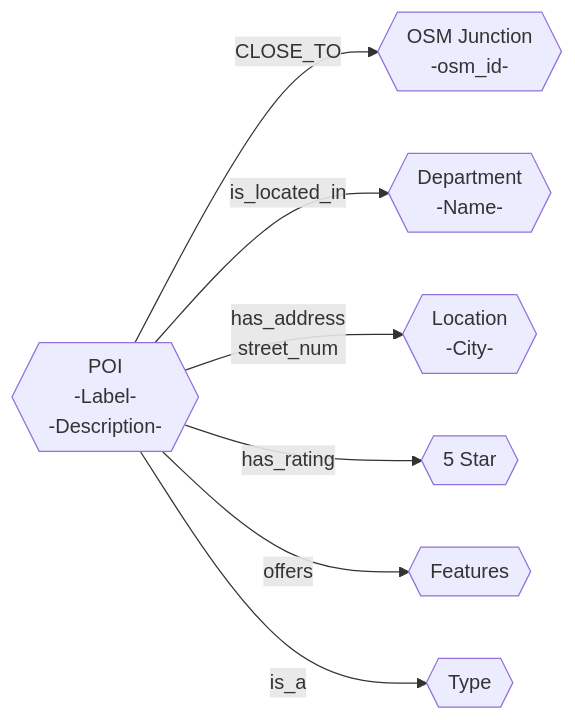
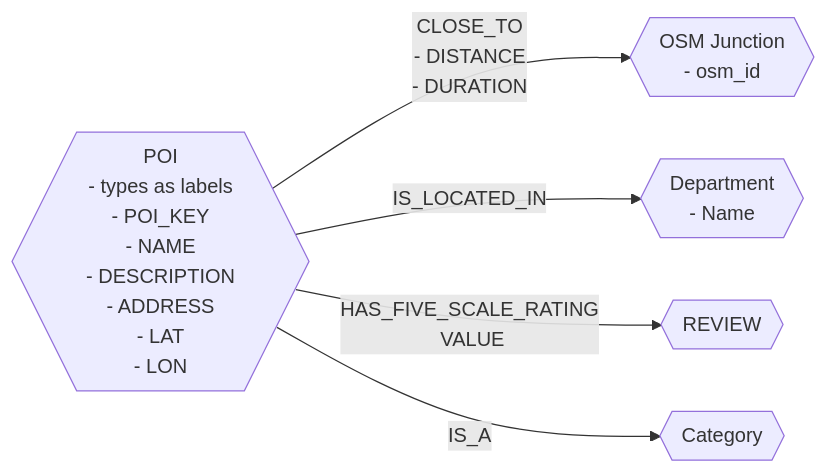
One commit to MatthausHaberkorn/de_dbtsnow_poi changed the second of 2 diagrams in README.md. Above: the diagram before and after it, drawn with Mermaid. The commit also changed other lines of this file and 4 other files, not shown here.

````diff
--- a/README.md
+++ b/README.md
@@ -180,10 +178,24 @@
 ```mermaid
 flowchart LR
-    id1{{POI\n -Label-\n -Description-}} -- CLOSE_TO --> id2{{OSM Junction\n -osm_id-}}
-    id1 -- is_located_in --> id3{{Department\n-Name-}}
-    id1 -- has_address\n street_num --> id4{{Location\n-City-}}
-    id1 -- has_rating --> id5{{5 Star}}
-    id1 -- offers --> id6{{Features}}
-    id1 -- is_a --> id7{{Type}}
+    id11{{"`POI
+    - types as labels
+    - POI_KEY
+    - NAME
+    - DESCRIPTION
+    - ADDRESS
+    - LAT
+    - LON`"}}
 
+    id2{{OSM Junction\n- osm_id}}
+    id3{{Department\n- Name}}
+    id5{{REVIEW}}
+    id7{{Category}}
+
+
+    id11 -- "`CLOSE_TO
+    - DISTANCE
+    - DURATION`" --> id2
+    id11 -- IS_LOCATED_IN --> id3
+    id11 -- HAS_FIVE_SCALE_RATING\n VALUE --> id5
+    id11 -- IS_A --> id7
 ```
````
